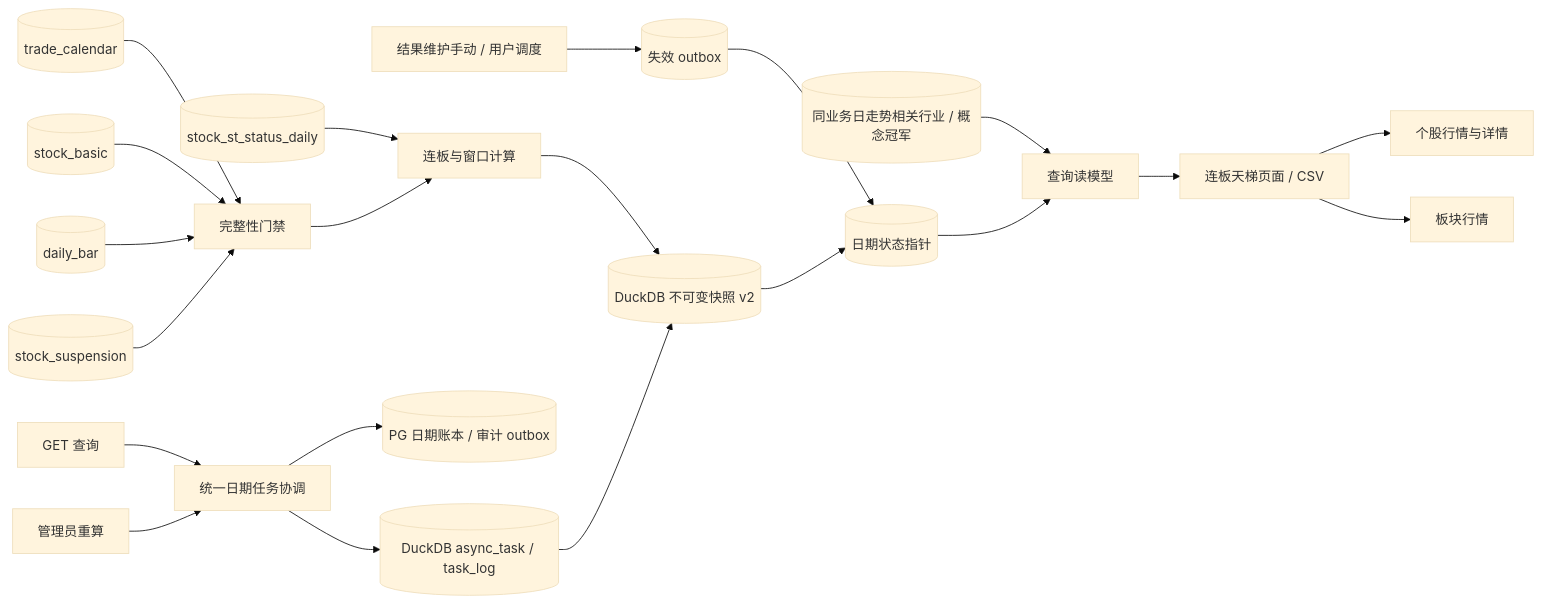
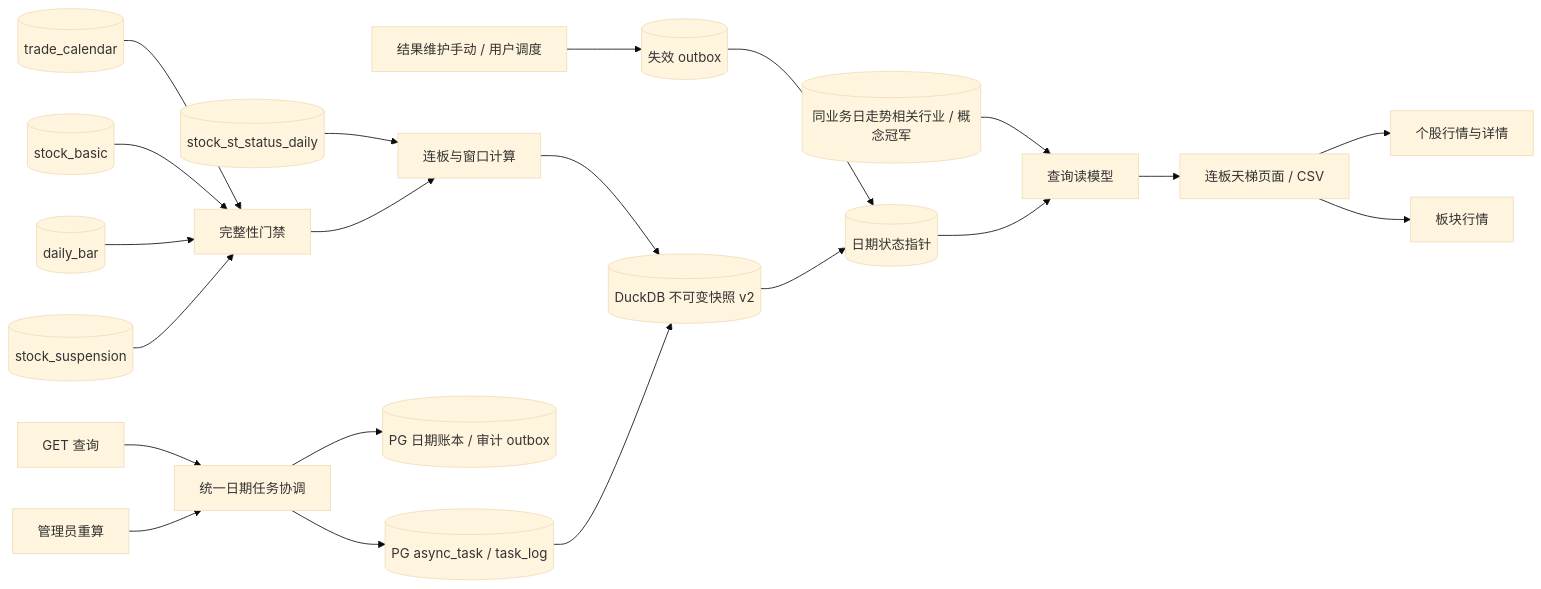
The diagram in agent-works/architecture/limit-ladder.md (fulin-peng-ydxs/ai-stocks), drawn with Mermaid (base theme) before and after one commit. The commit also changed other lines of this file and 45 other files, not shown here.

````diff
--- a/agent-works/architecture/limit-ladder.md
+++ b/agent-works/architecture/limit-ladder.md
@@ -26,23 +26,23 @@
 ```mermaid
 flowchart LR
   CAL[(trade_calendar)] --> GATE[完整性门禁]
   BASIC[(stock_basic)] --> GATE
   BAR[(daily_bar)] --> GATE
   SUSP[(stock_suspension)] --> GATE
   ST[(stock_st_status_daily)] --> CALC[连板与窗口计算]
   GATE --> CALC
   CALC --> SNAP[(DuckDB 不可变快照 v2)]
   MAINT[结果维护手动 / 用户调度] --> INV[(失效 outbox)]
   INV --> STATE[(日期状态指针)]
   SNAP --> STATE
   GET[GET 查询] --> COORD[统一日期任务协调]
   ADMIN[管理员重算] --> COORD
   COORD --> LEDGER[(PG 日期账本 / 审计 outbox)]
-  COORD --> TASK[(DuckDB async_task / task_log)]
+  COORD --> TASK[(PG async_task / task_log)]
   TASK --> SNAP
   CORR[(同业务日走势相关行业 / 概念冠军)] --> QUERY[查询读模型]
   STATE --> QUERY
   QUERY --> PAGE[连板天梯页面 / CSV]
   PAGE --> STOCK[个股行情与详情]
   PAGE --> SECTOR[板块行情]
 ```
````
